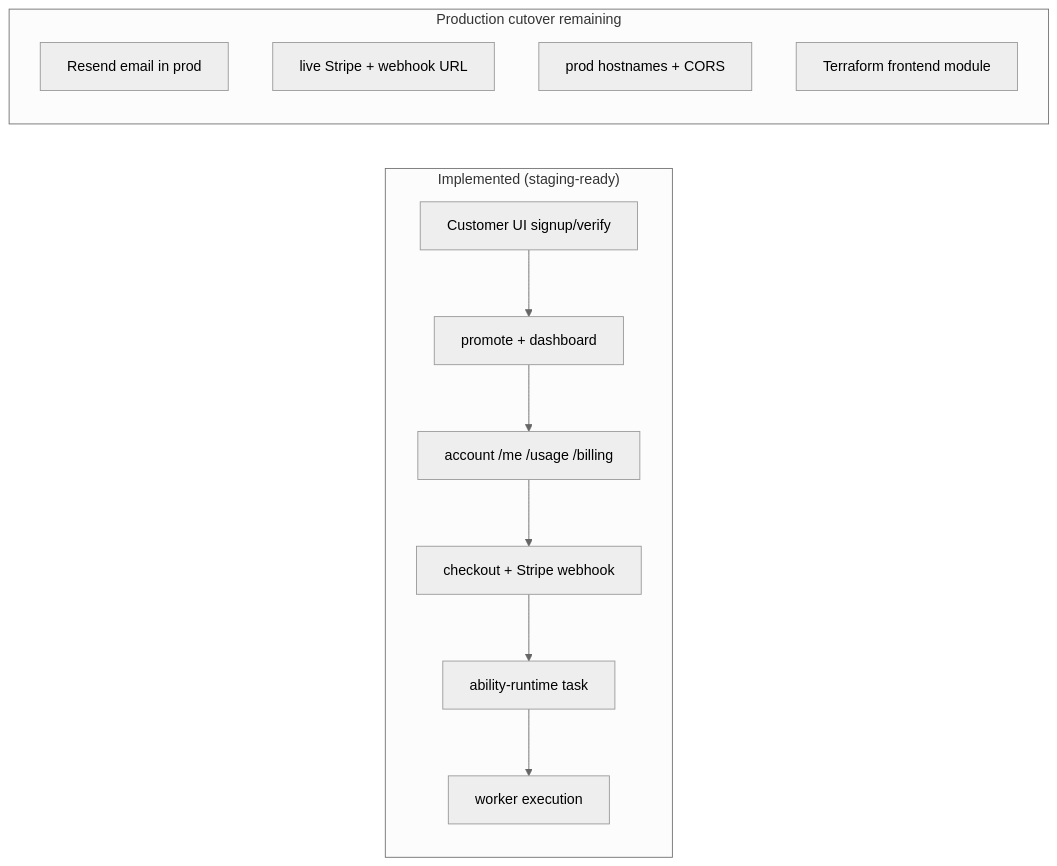
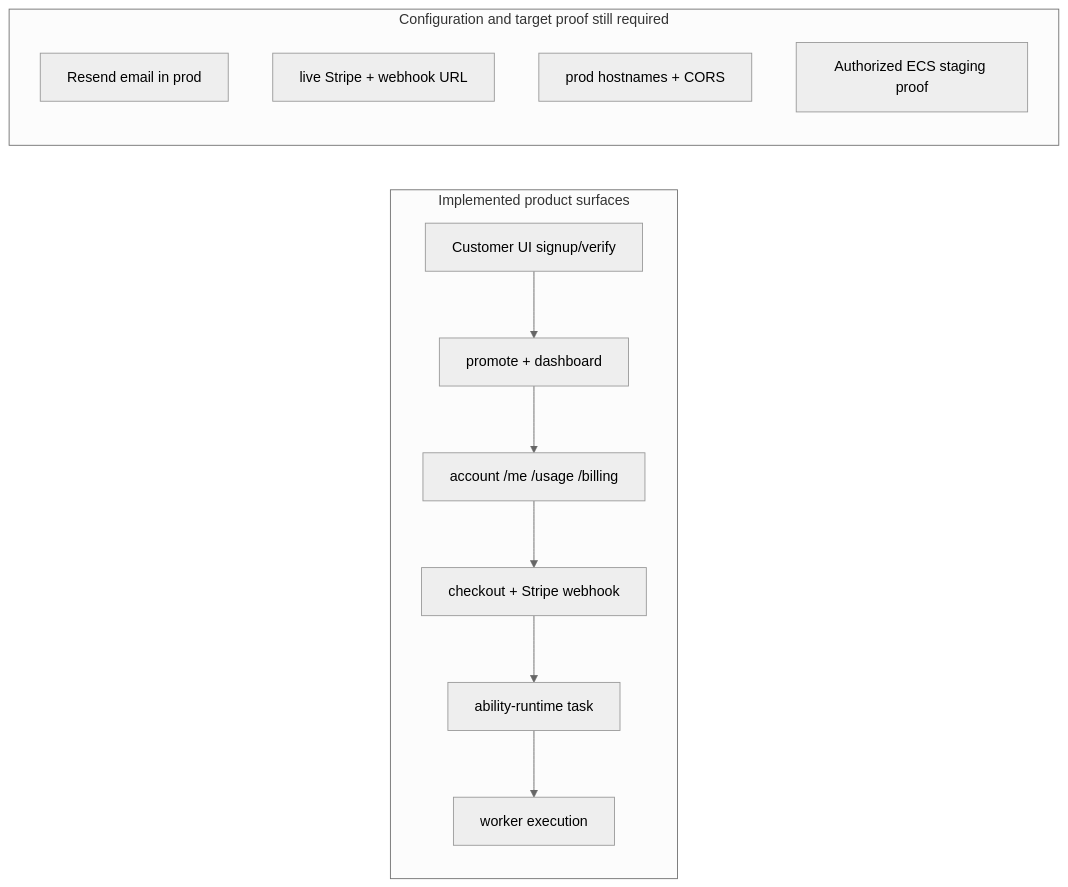
One commit to 1devteam/ajenda-ai changed the seventh of 9 diagrams in docs/architecture/SYSTEM_ARCHITECTURE.md. Above: the diagram before and after it, drawn with Mermaid (neutral theme). The commit also changed other lines of this file and 14 other files, not shown here.

Commit message:
docs: reconcile product narrative and proof boundaries

````diff
--- a/docs/architecture/SYSTEM_ARCHITECTURE.md
+++ b/docs/architecture/SYSTEM_ARCHITECTURE.md
@@ -314,20 +314,20 @@
 ```mermaid
 flowchart LR
-    subgraph Product["Implemented (staging-ready)"]
+    subgraph Product["Implemented product surfaces"]
         P1[Customer UI signup/verify]
         P2[promote + dashboard]
         P3[account /me /usage /billing]
         P4[checkout + Stripe webhook]
         P5[ability-runtime task]
         P6[worker execution]
     end
 
-    subgraph ProdGap["Production cutover remaining"]
+    subgraph ProdGap["Configuration and target proof still required"]
         G1[Resend email in prod]
         G2[live Stripe + webhook URL]
         G3[prod hostnames + CORS]
-        G4[Terraform frontend module]
+        G4[Authorized ECS staging proof]
     end
 
     P1 --> P2 --> P3 --> P4 --> P5 --> P6
 ```
````
